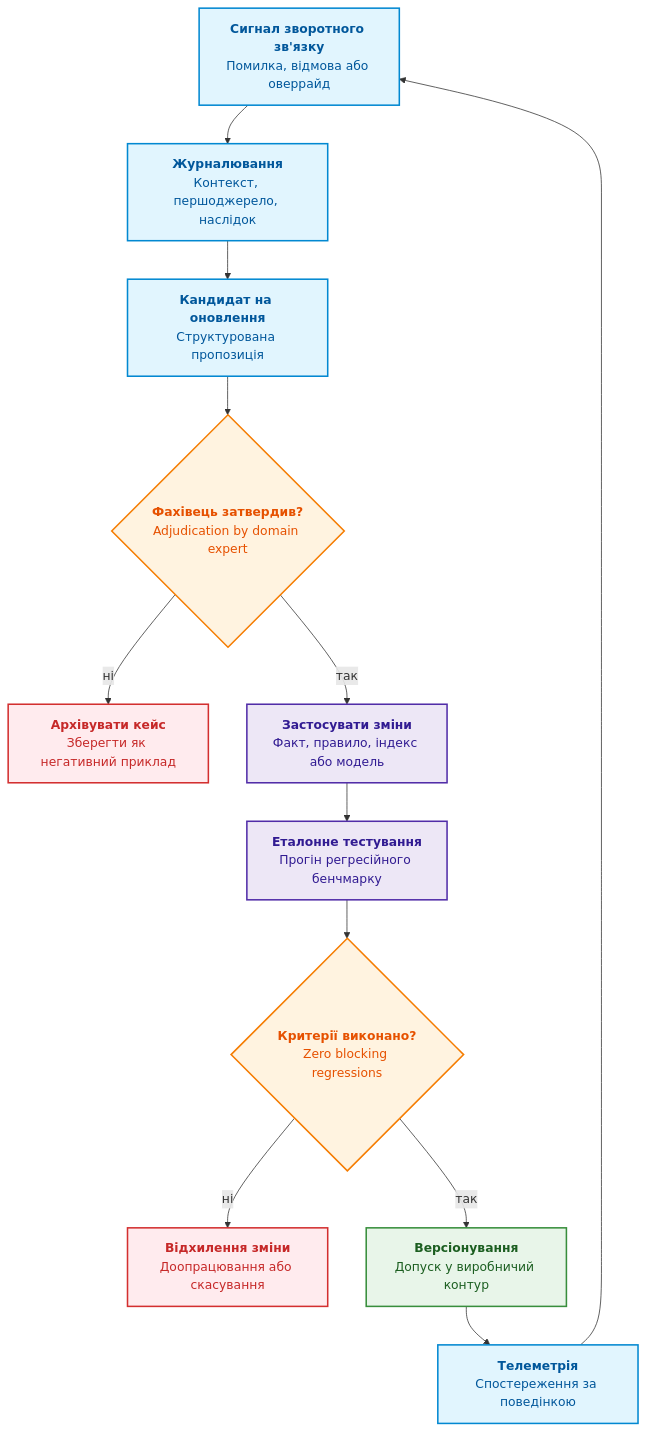
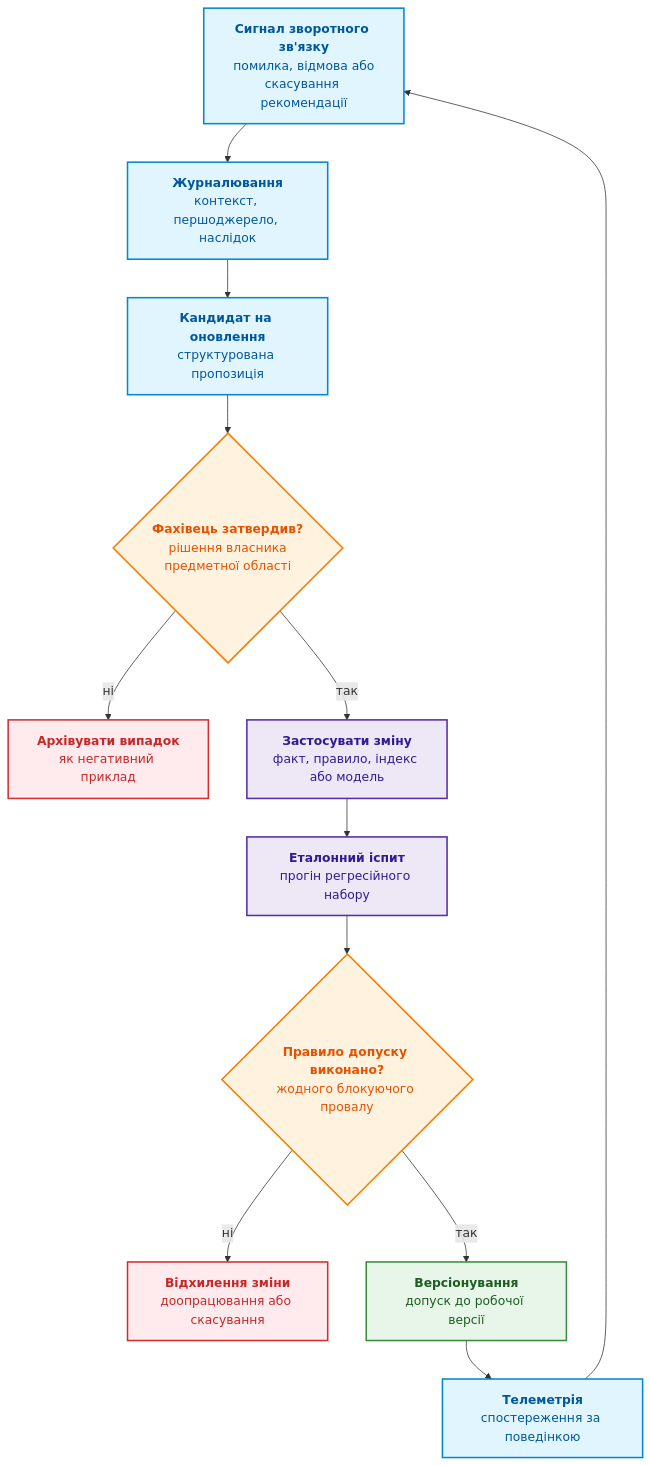
The fifth of 6 diagrams in ExpertSystem/ch25-how-expert-systems-learn.md (nick-fedchik/articles), drawn with Mermaid before and after one commit. The commit also changed other lines of this file, not shown here.

````diff
--- a/ExpertSystem/ch25-how-expert-systems-learn.md
+++ b/ExpertSystem/ch25-how-expert-systems-learn.md
@@ -861,29 +556,29 @@
 ```mermaid
 flowchart TD
     accTitle: Цикл керованого зворотного зв'язку
-    accDescr: Безпечна обробка сигналів зворотного зв'язку через фахове підтвердження та регресійне тестування.
+    accDescr: Сигнал журналюють із контекстом, перетворюють на кандидата, фахівець затверджує або архівує кандидата, затверджену зміну перевіряють еталонним іспитом, після якого зміну відхиляють або версіонують, а телеметрія породжує нові сигнали.
 
-    Signal["<b>Сигнал зворотного зв'язку</b><br/>Помилка, відмова або оверрайд"] --> Record["<b>Журналювання</b><br/>Контекст, першоджерело, наслідок"]
-    Record --> Candidate["<b>Кандидат на оновлення</b><br/>Структурована пропозиція"]
-    Candidate --> Expert{"<b>Фахівець затвердив?</b><br/>Adjudication by domain expert"}
-    Expert -- "ні" --> Archive["<b>Архівувати кейс</b><br/>Зберегти як негативний приклад"]
-    Expert -- "так" --> Change["<b>Застосувати зміни</b><br/>Факт, правило, індекс або модель"]
-    Change --> Exam["<b>Еталонне тестування</b><br/>Прогін регресійного бенчмарку"]
-    Exam --> Gate{"<b>Критерії виконано?</b><br/>Zero blocking regressions"}
-    Gate -- "ні" --> Rollback["<b>Відхилення зміни</b><br/>Доопрацювання або скасування"]
-    Gate -- "так" --> Release["<b>Версіонування</b><br/>Допуск у виробничий контур"]
-    Release --> Monitor["<b>Телеметрія</b><br/>Спостереження за поведінкою"]
+    Signal["<b>Сигнал зворотного зв'язку</b><br/>помилка, відмова або<br/>скасування рекомендації"] --> Record["<b>Журналювання</b><br/>контекст, першоджерело, наслідок"]
+    Record --> Candidate["<b>Кандидат на оновлення</b><br/>структурована пропозиція"]
+    Candidate --> Expert{"<b>Фахівець затвердив?</b><br/>рішення власника<br/>предметної області"}
+    Expert -- "ні" --> Archive["<b>Архівувати випадок</b><br/>як негативний приклад"]
+    Expert -- "так" --> Change["<b>Застосувати зміну</b><br/>факт, правило, індекс або модель"]
+    Change --> Exam["<b>Еталонний іспит</b><br/>прогін регресійного набору"]
+    Exam --> Gate{"<b>Правило допуску виконано?</b><br/>жодного блокуючого провалу"}
+    Gate -- "ні" --> Rollback["<b>Відхилення зміни</b><br/>доопрацювання або скасування"]
+    Gate -- "так" --> Release["<b>Версіонування</b><br/>допуск до робочої версії"]
+    Release --> Monitor["<b>Телеметрія</b><br/>спостереження за поведінкою"]
     Monitor --> Signal
 
     classDef sig fill:#e1f5fe,stroke:#0288d1,stroke-width:2px,color:#01579b;
     classDef gate fill:#fff3e0,stroke:#f57c00,stroke-width:2px,color:#e65100;
     classDef run fill:#ede7f6,stroke:#512da8,stroke-width:2px,color:#311b92;
     classDef ok fill:#e8f5e9,stroke:#388e3c,stroke-width:2px,color:#1b5e20;
     classDef fail fill:#ffebee,stroke:#d32f2f,stroke-width:2px,color:#c62828;
 
     class Signal,Record,Candidate,Monitor sig;
     class Expert,Gate gate;
     class Change,Exam run;
     class Release ok;
     class Archive,Rollback fail;
 ```
````
